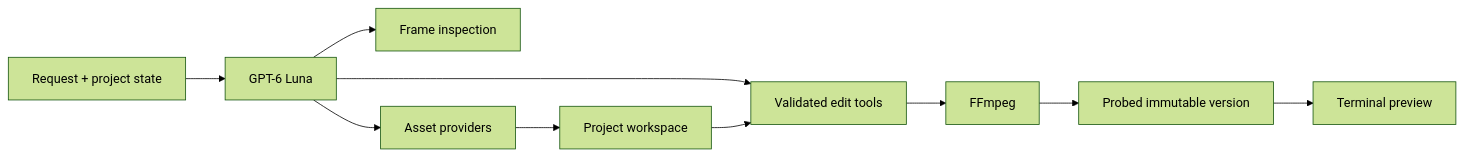
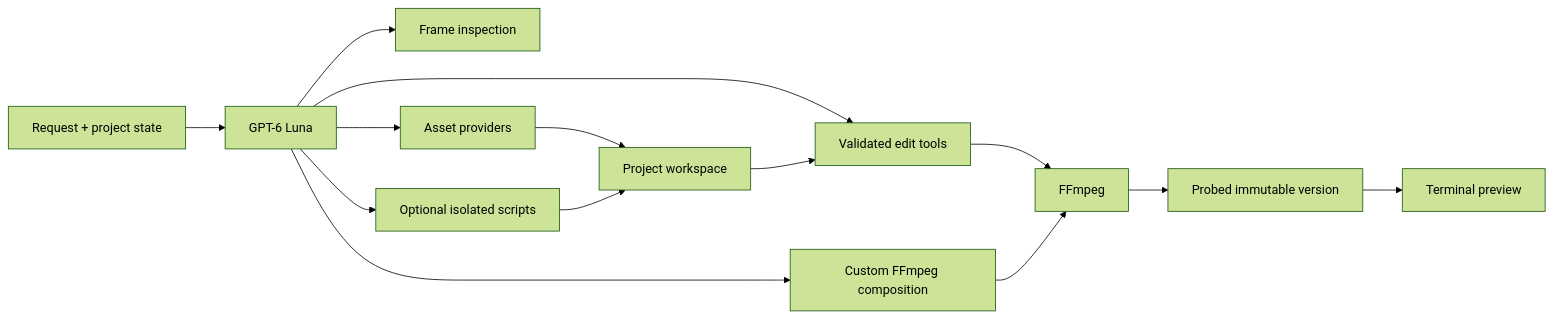
One commit to shing1Sks/DumbEditor changed the diagram in README.md. Above: the diagram before and after it, drawn with Mermaid (forest theme). The commit also changed other lines of this file and 21 other files, not shown here.

````diff
--- a/README.md
+++ b/README.md
@@ -159,12 +165,16 @@
 ```mermaid
 flowchart LR
   Prompt[Request + project state] --> Luna[GPT-6 Luna]
   Luna --> Frames[Frame inspection]
   Luna --> Assets[Asset providers]
   Luna --> Tools[Validated edit tools]
+  Luna --> Compose[Custom FFmpeg composition]
+  Luna --> Sandbox[Optional isolated scripts]
   Assets --> Workspace[Project workspace]
   Workspace --> Tools
   Tools --> FFmpeg
+  Compose --> FFmpeg
+  Sandbox --> Workspace
   FFmpeg --> Version[Probed immutable version]
   Version --> Preview[Terminal preview]
 ```
````
